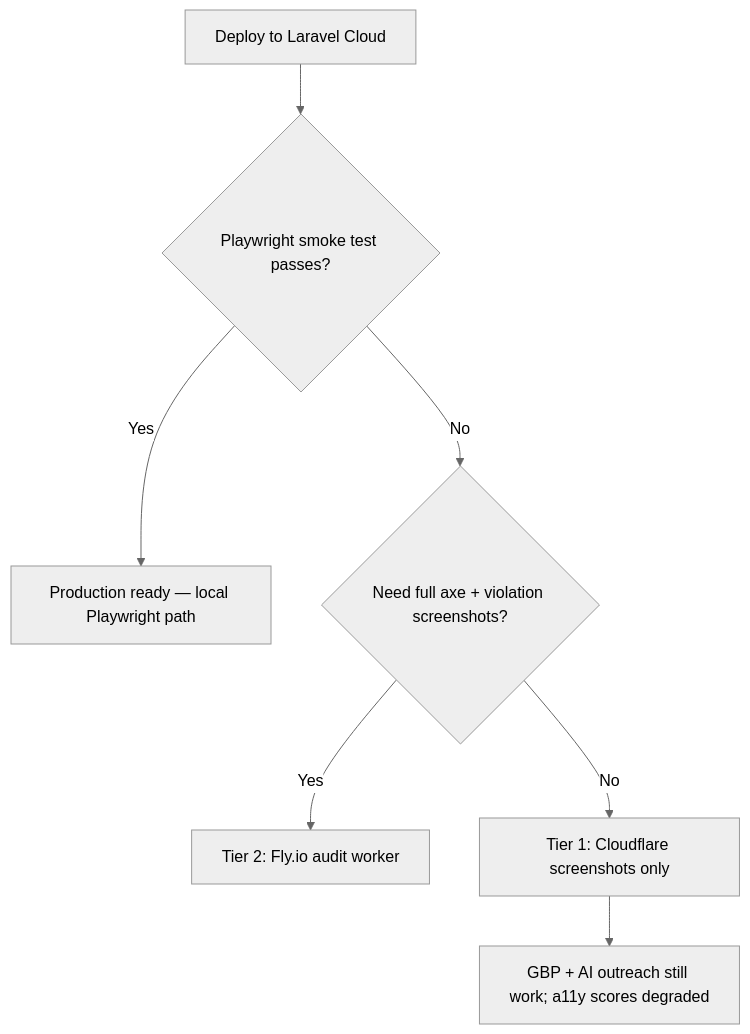
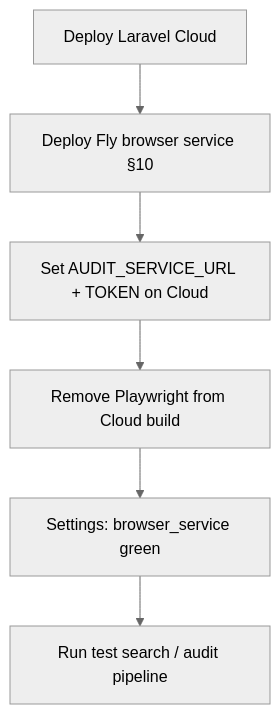
One commit to digitales/nthdesigns-scanner changed the second of 2 diagrams in docs/deployment/laravel-cloud.md. Above: the diagram before and after it, drawn with Mermaid (neutral theme). The commit also changed other lines of this file and 18 other files, not shown here.

````diff
--- a/docs/deployment/laravel-cloud.md
+++ b/docs/deployment/laravel-cloud.md
@@ -615,9 +676,8 @@
 ```mermaid
 flowchart TD
-    A[Deploy to Laravel Cloud] --> B{Playwright smoke test passes?}
-    B -->|Yes| C[Production ready — local Playwright path]
-    B -->|No| D{Need full axe + violation screenshots?}
-    D -->|Yes| E[Tier 2: Fly.io audit worker]
-    D -->|No| F[Tier 1: Cloudflare screenshots only]
-    F --> G[GBP + AI outreach still work; a11y scores degraded]
+    A[Deploy Laravel Cloud] --> B[Deploy Fly browser service §10]
+    B --> C[Set AUDIT_SERVICE_URL + TOKEN on Cloud]
+    C --> D[Remove Playwright from Cloud build]
+    D --> E[Settings: browser_service green]
+    E --> F[Run test search / audit pipeline]
 ```
````
